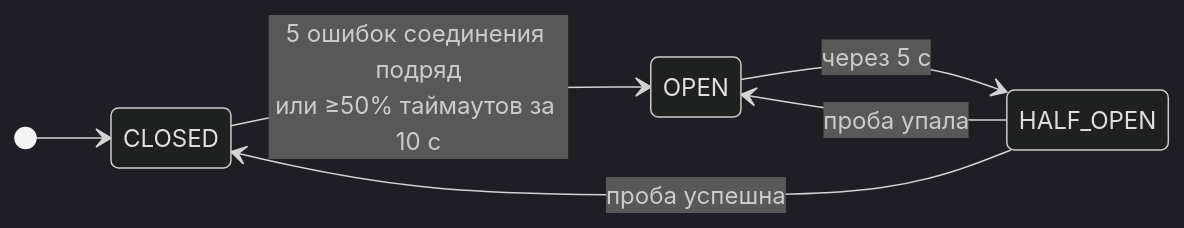
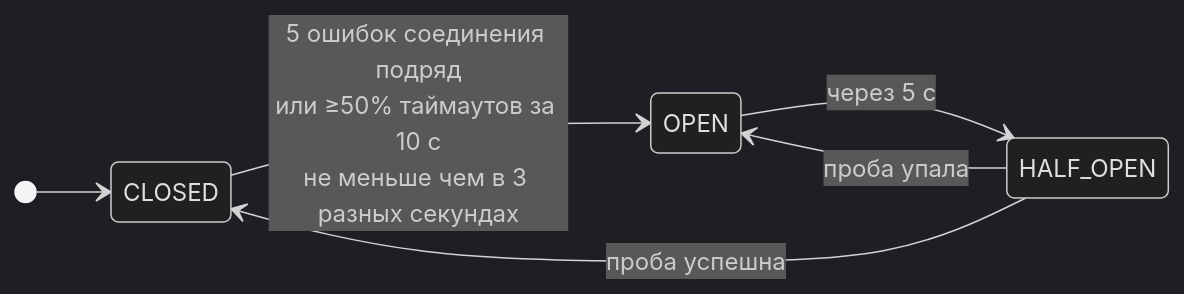
One commit to GoldExtremal/rate-limiter changed the third of 6 diagrams in README.md. Above: the diagram before and after it, drawn with Mermaid (dark theme). The commit also changed other lines of this file, not shown here.

````diff
--- a/README.md
+++ b/README.md
@@ -113,9 +113,9 @@
 ```mermaid
 stateDiagram-v2
     direction LR
     [*] --> CLOSED
-    CLOSED --> OPEN: 5 ошибок соединения подряд<br/>или ≥50% таймаутов за 10 с
+    CLOSED --> OPEN: 5 ошибок соединения подряд<br/>или ≥50% таймаутов за 10 с<br/>не меньше чем в 3 разных секундах
     OPEN --> HALF_OPEN: через 5 с
     HALF_OPEN --> CLOSED: проба успешна
     HALF_OPEN --> OPEN: проба упала
 ```
````
